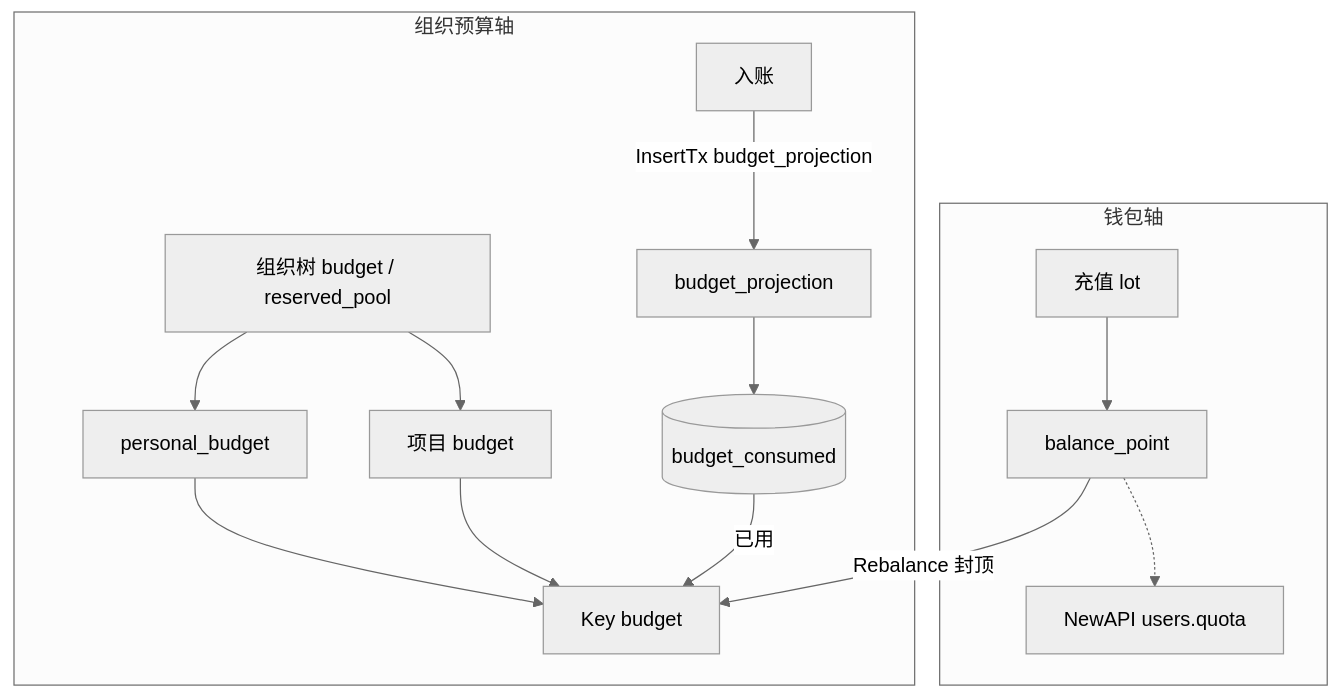
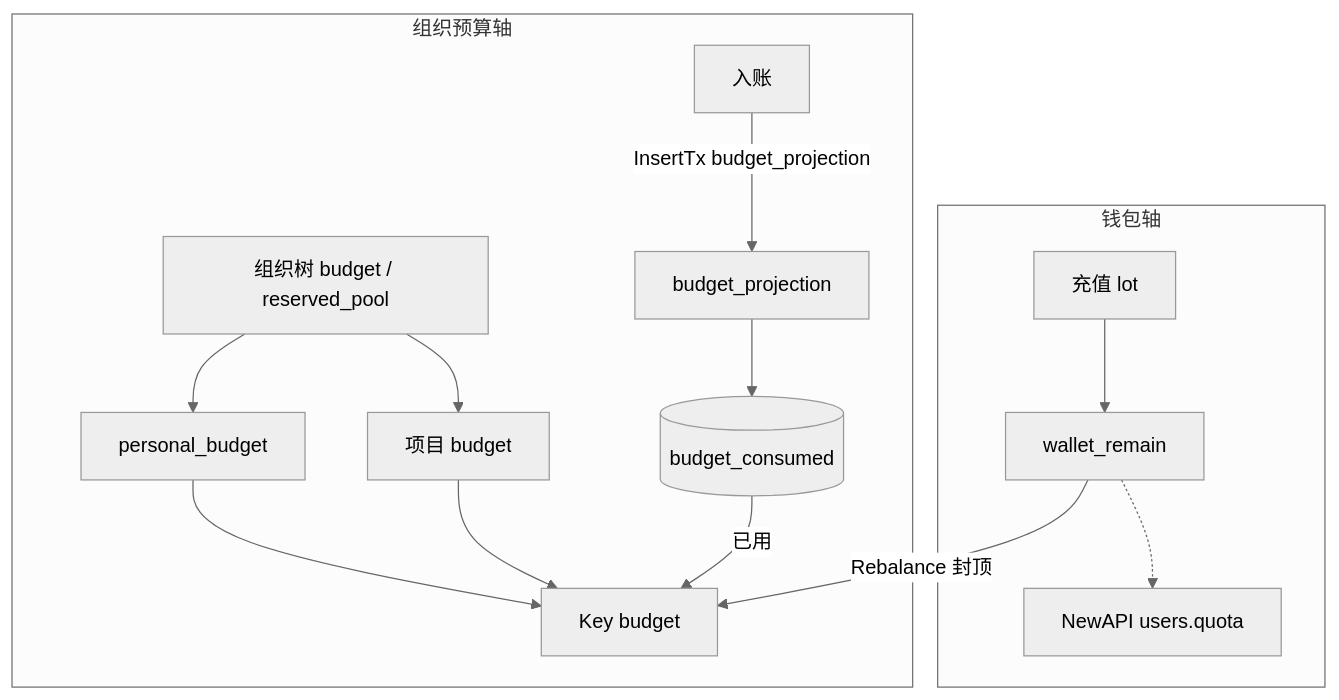
Before and after one commit to quyip8818/mytokenjoy: the second of 10 diagrams in docs/Backend-预算.md, drawn with Mermaid (neutral theme). The commit also changed other lines of this file and 12 other files, not shown here.

````diff
--- a/docs/Backend-预算.md
+++ b/docs/Backend-预算.md
@@ -64,20 +64,20 @@
 ```mermaid
 flowchart TB
   subgraph wallet [钱包轴]
-    LOT[充值 lot] --> BAL[balance_point]
+    LOT[充值 lot] --> BAL[wallet_remain]
     BAL -.-> NA_W[NewAPI users.quota]
   end
 
   subgraph org [组织预算轴]
     TREE[组织树 budget / reserved_pool]
     TREE --> MEM[personal_budget]
     TREE --> BG[项目 budget]
     MEM & BG --> PK[Key budget]
     SNAP[(budget_consumed)]
     ING[入账] -->|InsertTx budget_projection| JOB[budget_projection]
     JOB --> SNAP
   end
 
   BAL -->|Rebalance 封顶| PK
   SNAP -->|已用| PK
 ```
````
